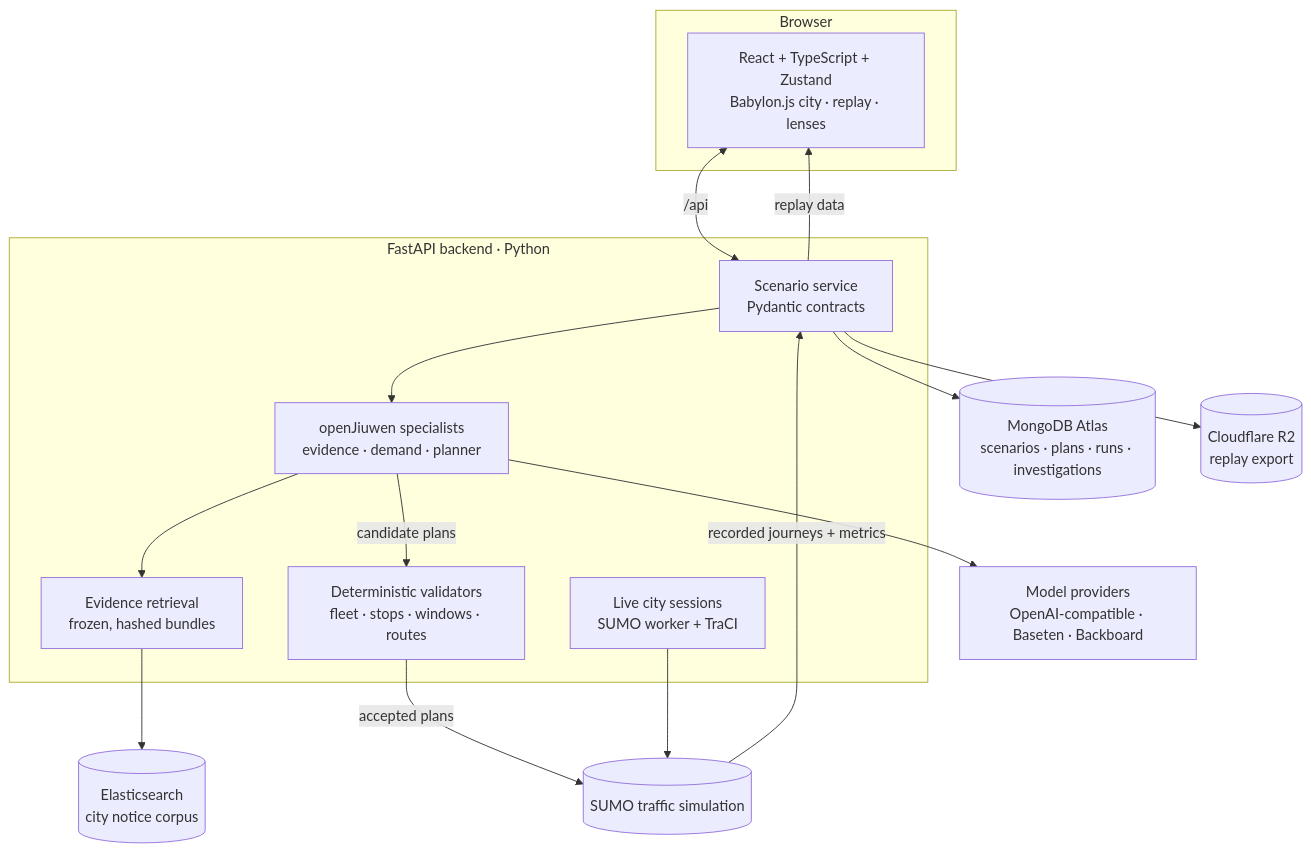
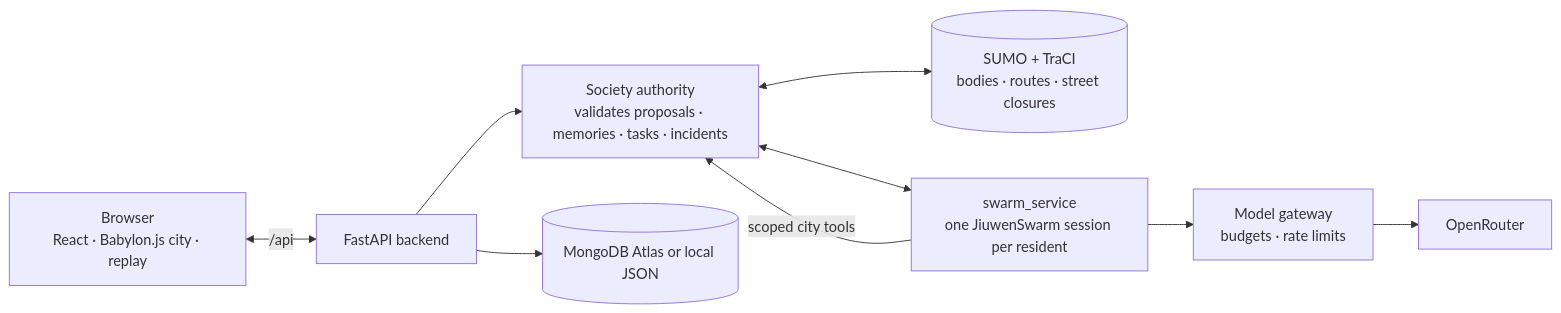
Before and after one commit to ManagementMO/shift: the diagram in README.md, drawn with Mermaid. The commit also changed other lines of this file and 20 other files, not shown here.

First line of the commit message:
Let AI residents physically react to incidents

````diff
--- a/README.md
+++ b/README.md
@@ -79,33 +60,10 @@
 ```mermaid
-flowchart TB
-    subgraph Browser["Browser"]
-        UI["React + TypeScript + Zustand<br/>Babylon.js city · replay · lenses"]
-    end
-
-    subgraph Backend["FastAPI backend · Python"]
-        SVC["Scenario service<br/>Pydantic contracts"]
-        AGENTS["openJiuwen specialists<br/>evidence · demand · planner"]
-        VALIDATORS["Deterministic validators<br/>fleet · stops · windows · routes"]
-        EVIDENCE["Evidence retrieval<br/>frozen, hashed bundles"]
-        LIVE["Live city sessions<br/>SUMO worker + TraCI"]
-    end
-
-    SUMO[("SUMO traffic simulation")]
-    ATLAS[("MongoDB Atlas<br/>scenarios · plans · runs · investigations")]
-    ELASTIC[("Elasticsearch<br/>city notice corpus")]
-    MODELS["Model providers<br/>OpenAI-compatible · Baseten · Backboard"]
-    R2[("Cloudflare R2<br/>replay export")]
-
-    UI <-->|"/api"| SVC
-    SVC --> AGENTS
-    AGENTS --> MODELS
-    AGENTS --> EVIDENCE
-    EVIDENCE --> ELASTIC
-    AGENTS -->|"candidate plans"| VALIDATORS
-    VALIDATORS -->|"accepted plans"| SUMO
-    LIVE --> SUMO
-    SUMO -->|"recorded journeys + metrics"| SVC
-    SVC --> ATLAS
-    SVC --> R2
-    SVC -->|"replay data"| UI
+flowchart LR
+    UI["Browser<br/>React · Babylon.js city · replay"] <-->|"/api"| API["FastAPI backend"]
+    API --> SOC["Society authority<br/>validates proposals · memories · tasks · incidents"]
+    SOC <--> SUMO[("SUMO + TraCI<br/>bodies · routes · street closures")]
+    SOC <--> SWARM["swarm_service<br/>one JiuwenSwarm session per resident"]
+    SWARM -->|"scoped city tools"| SOC
+    SWARM --> GW["Model gateway<br/>budgets · rate limits"] --> OR["OpenRouter"]
+    API --> DB[("MongoDB Atlas or local JSON")]
 ```
````
